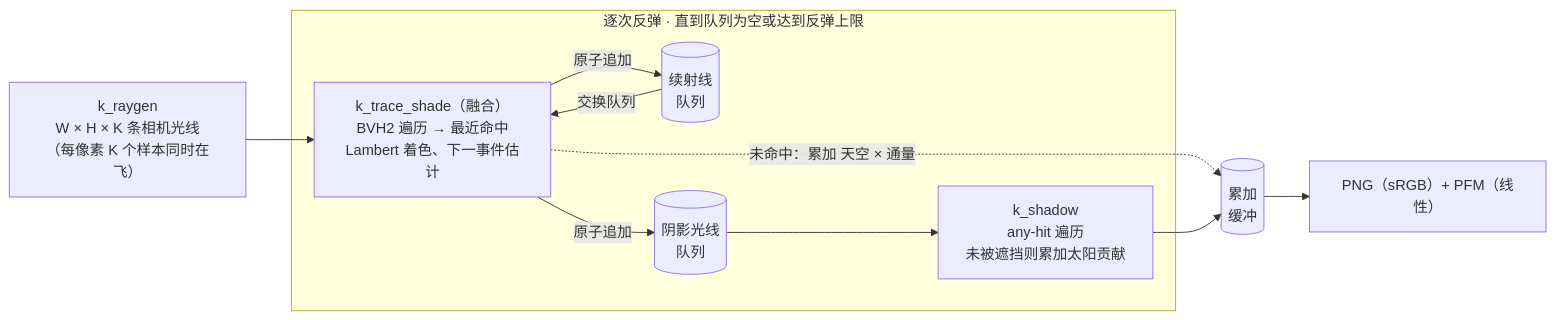
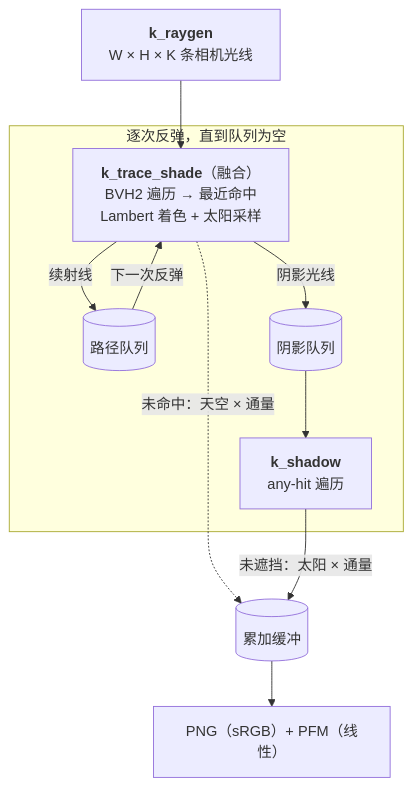
Before and after one commit to YJLi-new/cuda-wavefront-pathtracer: the diagram in README.zh-CN.md, drawn with Mermaid. The commit also changed 1 other file, not shown here.

Commit message:
README: top-down architecture diagram for readability

````diff
--- a/README.zh-CN.md
+++ b/README.zh-CN.md
@@ -74,13 +74,14 @@
 ```mermaid
-flowchart LR
-    A["k_raygen<br/>W × H × K 条相机光线<br/>（每像素 K 个样本同时在飞）"] --> B
-    subgraph L ["逐次反弹 · 直到队列为空或达到反弹上限"]
-        B["k_trace_shade（融合）<br/>BVH2 遍历 → 最近命中<br/>Lambert 着色、下一事件估计"] -->|"原子追加"| C[("续射线<br/>队列")]
-        B -->|"原子追加"| D[("阴影光线<br/>队列")]
-        D --> E["k_shadow<br/>any-hit 遍历<br/>未被遮挡则累加太阳贡献"]
-        C -->|"交换队列"| B
+flowchart TD
+    A["<b>k_raygen</b><br/>W × H × K 条相机光线"] --> B
+    subgraph L ["逐次反弹，直到队列为空"]
+        B["<b>k_trace_shade</b>（融合）<br/>BVH2 遍历 → 最近命中<br/>Lambert 着色 + 太阳采样"]
+        B -->|"续射线"| C[("路径队列")]
+        B -->|"阴影光线"| D[("阴影队列")]
+        D --> E["<b>k_shadow</b><br/>any-hit 遍历"]
+        C -->|"下一次反弹"| B
     end
-    B -.->|"未命中：累加 天空 × 通量"| F[("累加<br/>缓冲")]
-    E --> F
+    B -.->|"未命中：天空 × 通量"| F[("累加缓冲")]
+    E -->|"未遮挡：太阳 × 通量"| F
     F --> G["PNG（sRGB）+ PFM（线性）"]
 ```
````
